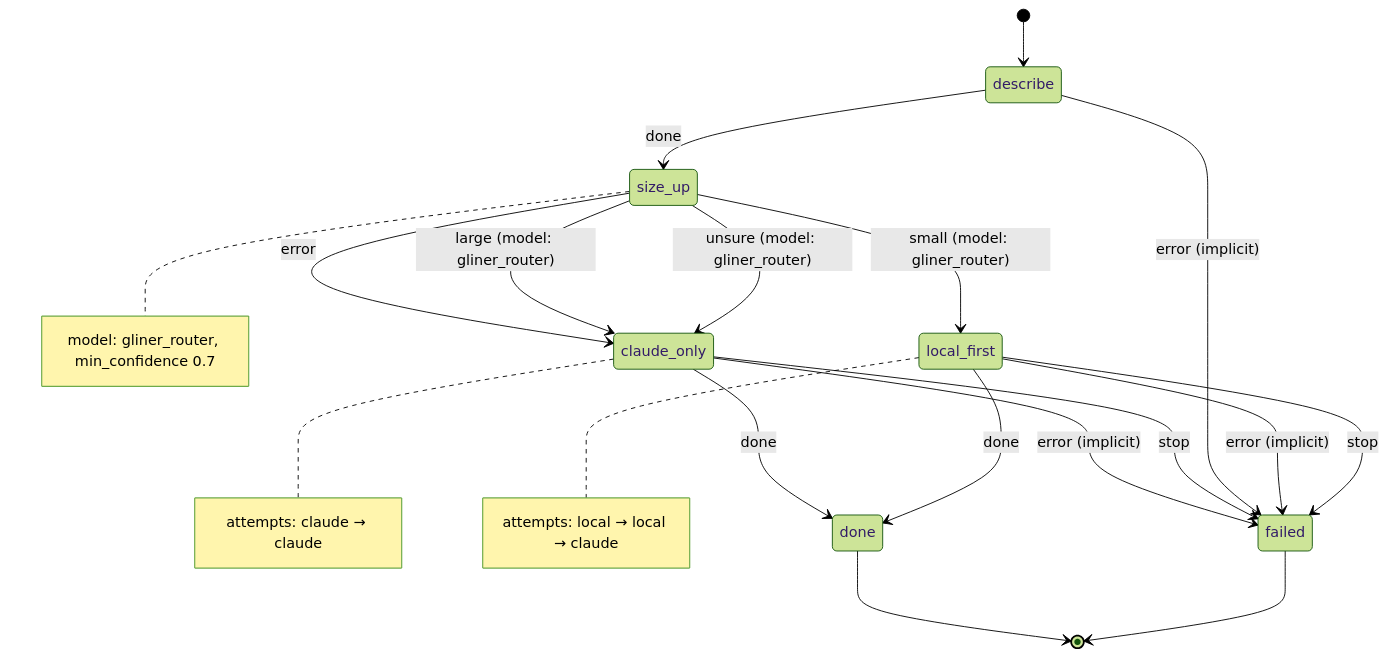
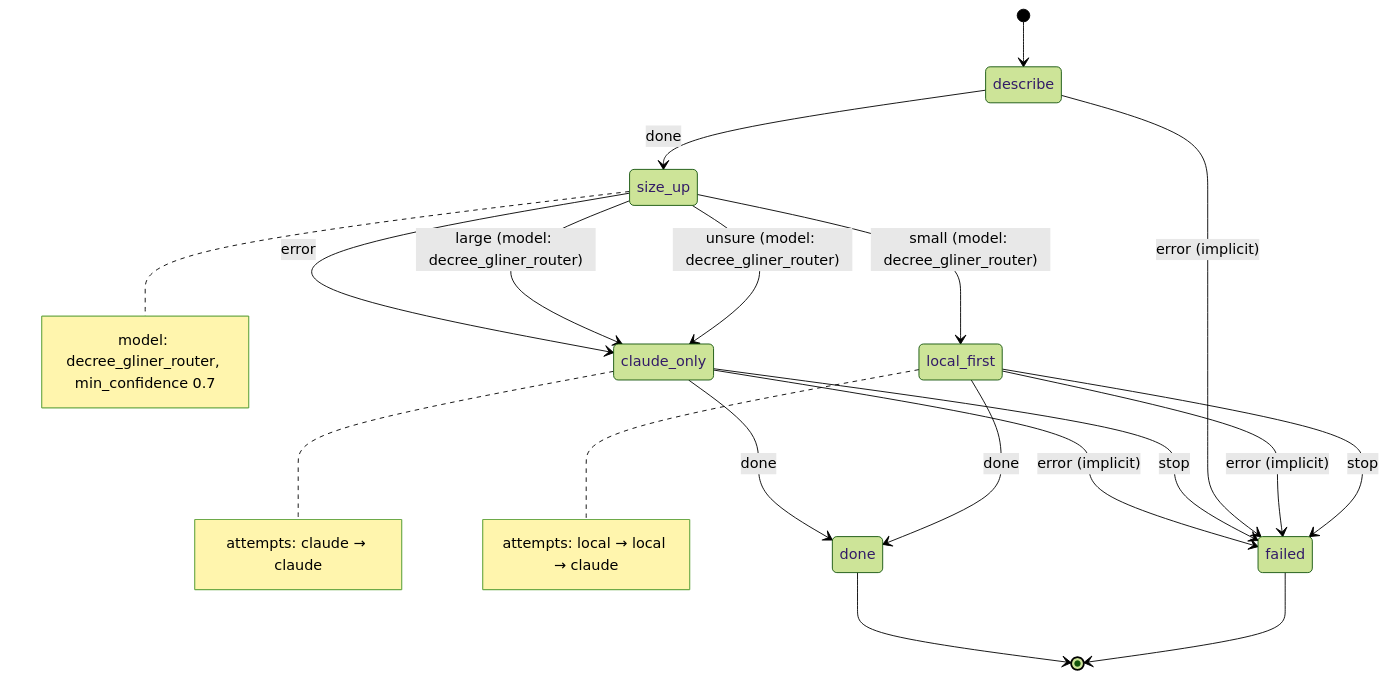
Before and after one commit to jtmckay/decree: the diagram in examples/route-by-complexity/README.md, drawn with Mermaid (forest theme). The commit also changed other lines of this file and 184 other files, not shown here.

First line of the commit message:
A14: Official plugins are `decree_*` and never modified; a project extends one under its own name; `source` updates a plugin from a URL; `state/` is storage only (develop/A14-extends.md)

````diff
--- a/examples/route-by-complexity/README.md
+++ b/examples/route-by-complexity/README.md
@@ -18,27 +18,27 @@
 ```mermaid
 stateDiagram-v2
     [*] --> describe
     claude_only --> done: done
     claude_only --> failed: error (implicit)
     claude_only --> failed: stop
     describe --> size_up: done
     describe --> failed: error (implicit)
     local_first --> done: done
     local_first --> failed: error (implicit)
     local_first --> failed: stop
     size_up --> claude_only: error
-    size_up --> claude_only: large (model: gliner_router)
-    size_up --> local_first: small (model: gliner_router)
-    size_up --> claude_only: unsure (model: gliner_router)
+    size_up --> claude_only: large (model: decree_gliner_router)
+    size_up --> local_first: small (model: decree_gliner_router)
+    size_up --> claude_only: unsure (model: decree_gliner_router)
     done --> [*]
     failed --> [*]
     note right of claude_only
         attempts: claude → claude
     end note
     note right of local_first
         attempts: local → local → claude
     end note
     note right of size_up
-        model: gliner_router, min_confidence 0.7
+        model: decree_gliner_router, min_confidence 0.7
     end note
 ```
````
